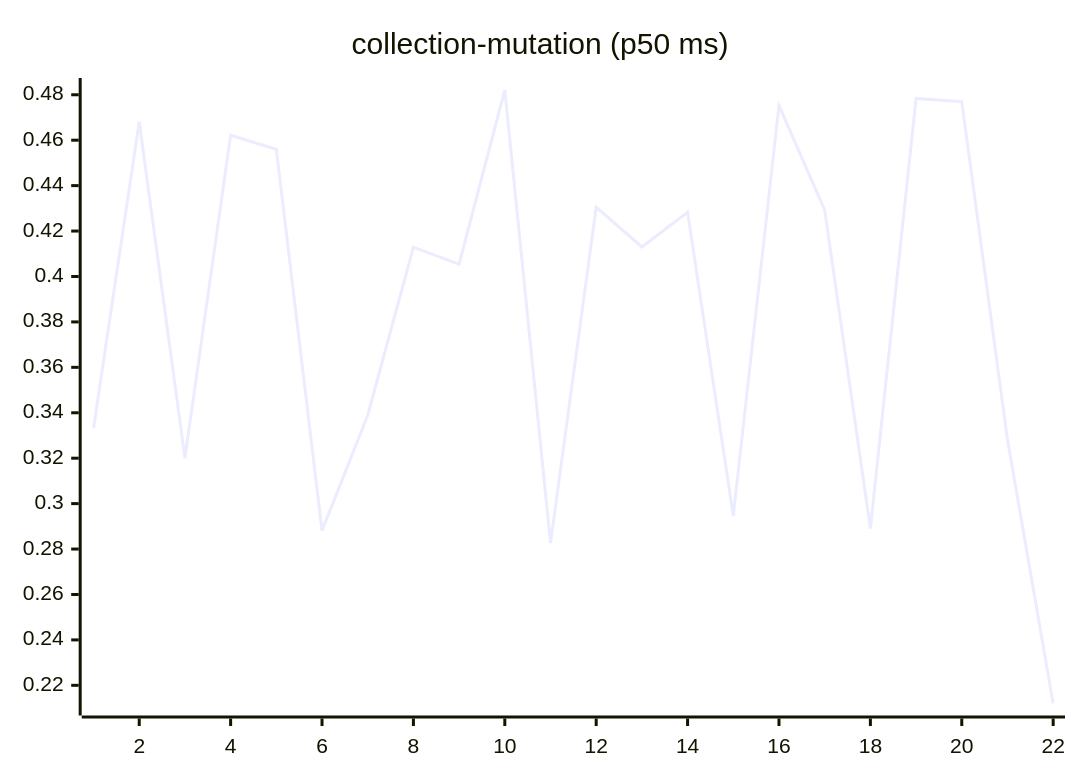
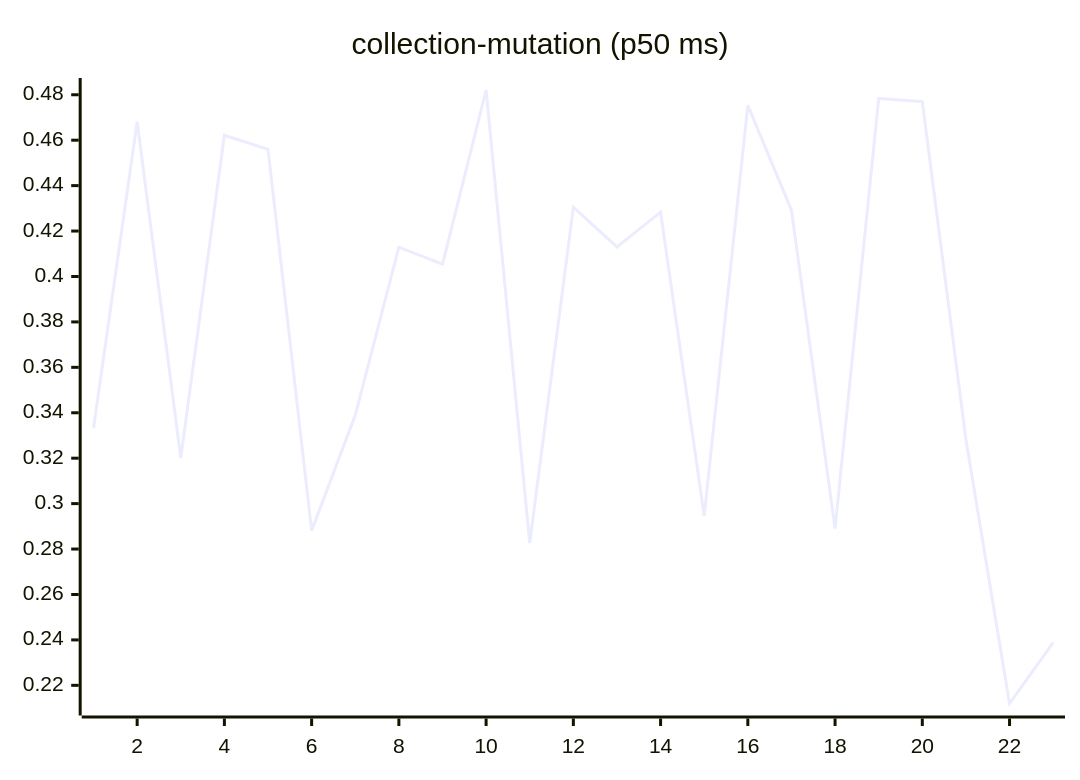
The sixth of 27 diagrams in README.md (josha/Facet), drawn with Mermaid before and after one commit. The commit also changed other lines of this file and 2 other files, not shown here.

````diff
--- a/README.md
+++ b/README.md
@@ -98,6 +98,6 @@
 ```mermaid
 xychart-beta
     title "collection-mutation (p50 ms)"
-    x-axis 1 --> 22
-    line [0.3332, 0.4681, 0.3201, 0.4622, 0.4560, 0.2881, 0.3389, 0.4129, 0.4054, 0.4821, 0.2826, 0.4305, 0.4130, 0.4283, 0.2946, 0.4753, 0.4292, 0.2890, 0.4784, 0.4770, 0.3282, 0.2120]
+    x-axis 1 --> 23
+    line [0.3332, 0.4681, 0.3201, 0.4622, 0.4560, 0.2881, 0.3389, 0.4129, 0.4054, 0.4821, 0.2826, 0.4305, 0.4130, 0.4283, 0.2946, 0.4753, 0.4292, 0.2890, 0.4784, 0.4770, 0.3282, 0.2120, 0.2388]
 ```
````
